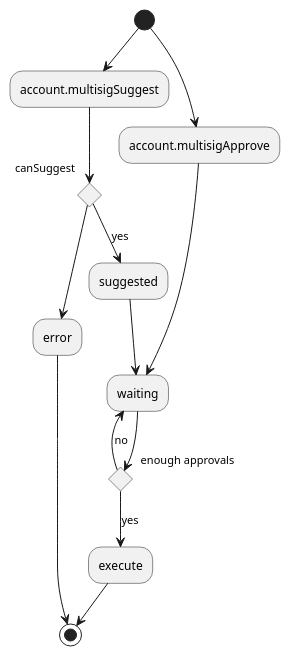
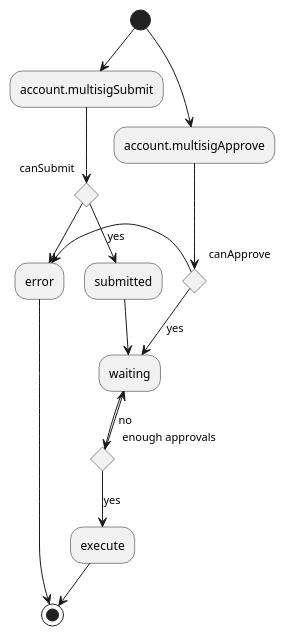
One commit to many-protocol/specification changed the diagram in attributes/network/9_account_features/1_account_multisig.adoc. Above: the diagram before and after it, drawn with PlantUML. The commit also changed other lines of this file and 5 other files, not shown here.

```diff
--- a/attributes/network/9_account_features/1_account_multisig.adoc
+++ b/attributes/network/9_account_features/1_account_multisig.adoc
@@ -12,28 +12,33 @@
 [plantuml, format=png]
 ....
 @startuml
 
-(*) --> "account.multisigSuggest"
+(*) --> "account.multisigSubmit"
 
-if "canSuggest" then
-    -->[yes] suggested
+if "canSubmit" then
+    -->[yes] submitted
 else
     --> error
     --> (*)
 endif
 
 (*) --> "account.multisigApprove"
-    --> waiting
 
-suggested --> waiting
+if "canApprove" then
+    -->[yes] waiting
+else
+    -l-> error
+endif
+
+submitted --> waiting
 
 if "enough approvals" then
     -->[yes] execute
 else
     -->[no] waiting
 endif
 
 execute --> (*)
 
 @enduml
 ....
```
